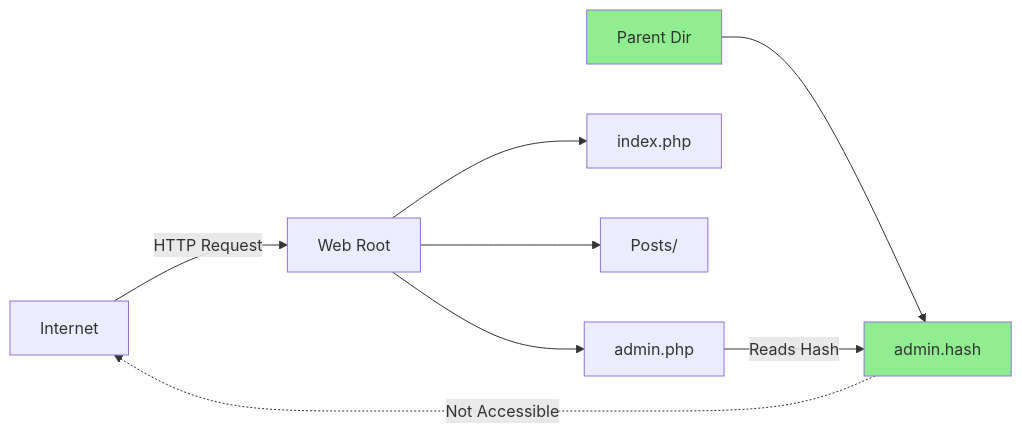
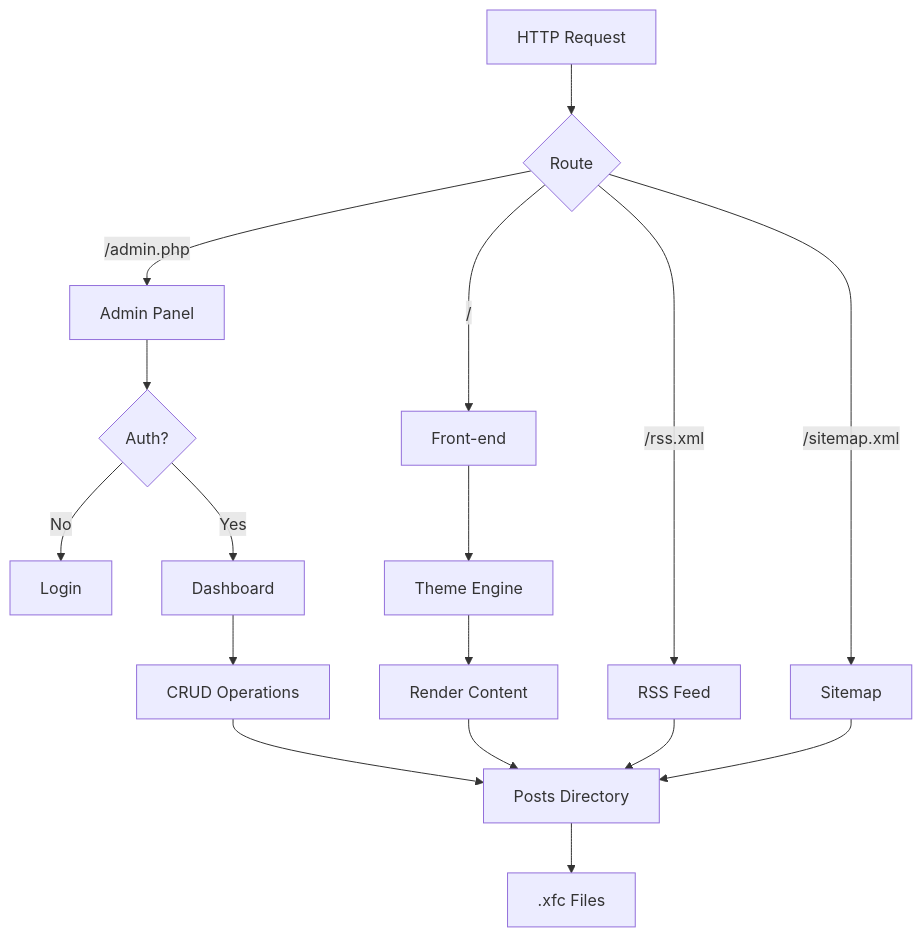
Before and after one commit to xsukax/xsukax-Flat-File-CMS: the first of 2 diagrams in README.md, drawn with Mermaid. The commit also changed other lines of this file, not shown here.

````diff
--- a/README.md
+++ b/README.md
@@ -22,12 +151,23 @@
 ```mermaid
-graph LR
-    A[Internet] -->|HTTP Request| B[Web Root]
-    B --> C[admin.php]
-    B --> D[index.php]
-    B --> E[Posts/]
-    F[Parent Dir] --> G[admin.hash]
-    G -.->|Not Accessible| A
-    C -->|Reads Hash| G
-    style G fill:#90EE90
-    style F fill:#90EE90
+graph TD
+    A[HTTP Request] --> B{Route}
+    B -->|/admin.php| C[Admin Panel]
+    B -->|/| D[Front-end]
+    B -->|/rss.xml| E[RSS Feed]
+    B -->|/sitemap.xml| F[Sitemap]
+    
+    C --> G{Auth?}
+    G -->|No| H[Login]
+    G -->|Yes| I[Dashboard]
+    I --> J[CRUD Operations]
+    J --> K[Posts Directory]
+    
+    D --> L[Theme Engine]
+    L --> M[Render Content]
+    M --> K
+    
+    E --> K
+    F --> K
+    
+    K --> N[.xfc Files]
 ```
````
